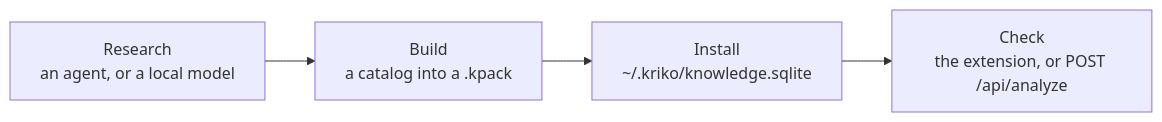
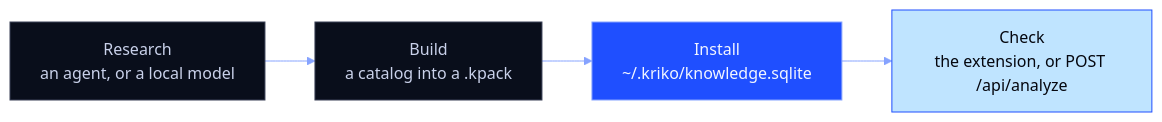
The first of 4 diagrams in docs/USAGE.md (Berbadov/kriko), drawn with Mermaid before and after one commit. The commit also changed other lines of this file and 21 other files, not shown here.

````diff
--- a/docs/USAGE.md
+++ b/docs/USAGE.md
@@ -6,6 +6,10 @@
 ```mermaid
+%%{init: {"theme":"base","themeVariables":{"fontFamily":"ui-monospace, SFMono-Regular, Consolas, monospace","primaryColor":"#090E1B","primaryTextColor":"#F2F5FF","primaryBorderColor":"#1F4FFF","lineColor":"#86A3FF","secondaryColor":"#1739C2","tertiaryColor":"#080B16","noteBkgColor":"#BFE4FF","noteTextColor":"#05070F","actorBkg":"#090E1B","actorTextColor":"#F2F5FF","actorBorder":"#1F4FFF","signalColor":"#86A3FF","signalTextColor":"#86A3FF"}}}%%
 flowchart LR
-    R["Research<br/>an agent, or a local model"] --> B["Build<br/>a catalog into a .kpack"]
-    B --> I["Install<br/>~/.kriko/knowledge.sqlite"]
-    I --> L["Check<br/>the extension, or POST /api/analyze"]
+    R["Research<br/>an agent, or a local model"]:::plain --> B["Build<br/>a catalog into a .kpack"]:::plain
+    B --> I["Install<br/>~/.kriko/knowledge.sqlite"]:::brand
+    I --> L["Check<br/>the extension, or POST /api/analyze"]:::ice
+    classDef brand fill:#1F4FFF,stroke:#86A3FF,color:#F2F5FF
+    classDef plain fill:#090E1B,stroke:#3A4156,color:#C9D1EA
+    classDef ice   fill:#BFE4FF,stroke:#1F4FFF,color:#05070F
 ```
````
